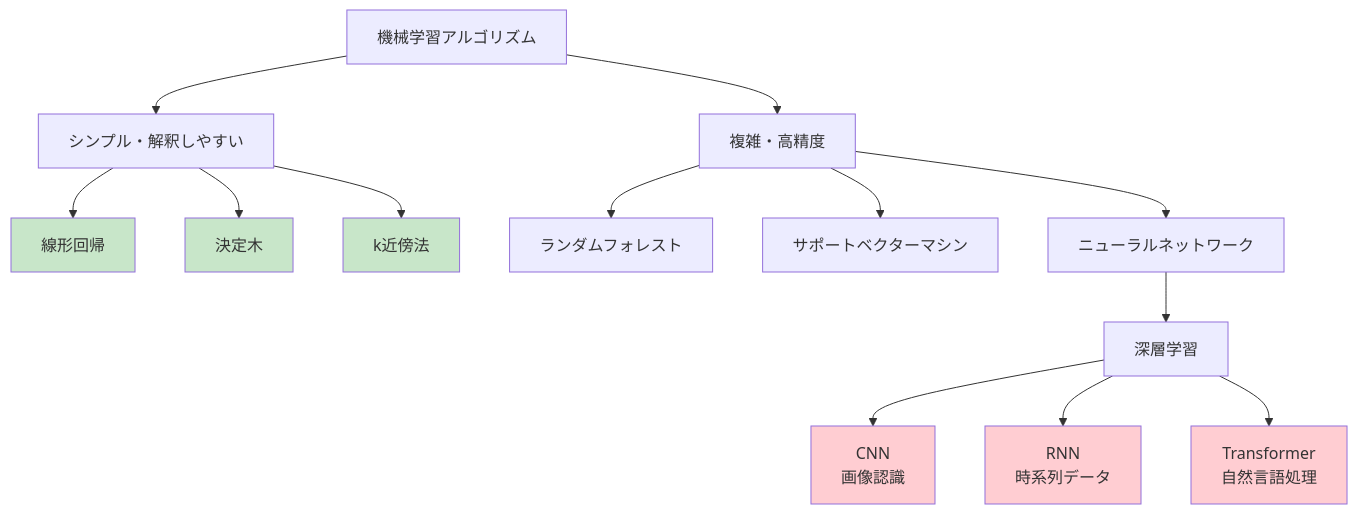
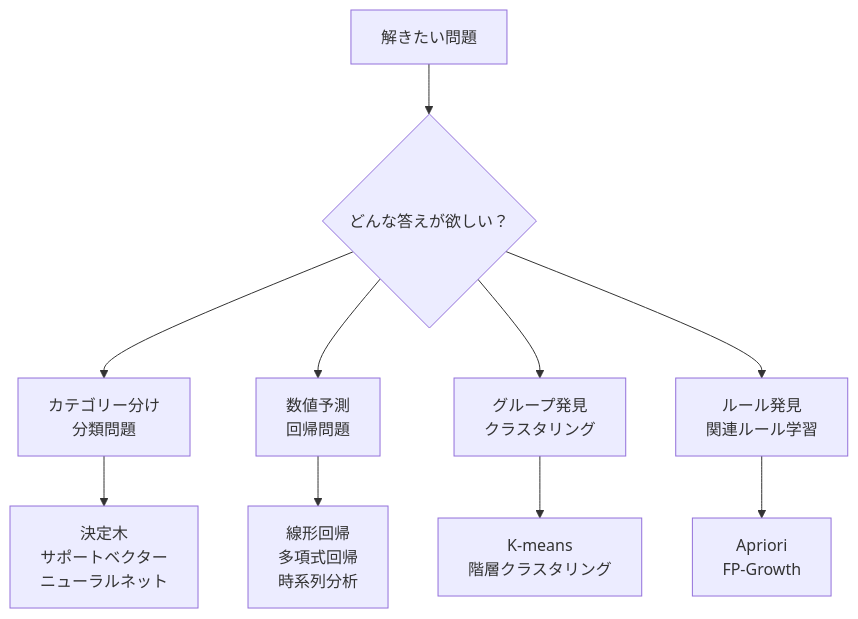
One commit to SparklingDetergent/doc_genai_mental_model changed the fifth of 13 diagrams in AI/Machine_Learning.md. Above: the diagram before and after it, drawn with Mermaid. The commit also changed other lines of this file, not shown here.

````diff
--- a/AI/Machine_Learning.md
+++ b/AI/Machine_Learning.md
@@ -188,25 +155,17 @@
 ```mermaid
 graph TD
-    A[機械学習アルゴリズム] --> B[シンプル・解釈しやすい]
-    A --> C[複雑・高精度]
+    A[解きたい問題] --> B{どんな答えが欲しい？}
     
-    B --> D[線形回帰]
-    B --> E[決定木]
-    B --> F[k近傍法]
+    B --> C[カテゴリー分け<br/>分類問題]
+    B --> D[数値予測<br/>回帰問題]
+    B --> E[グループ発見<br/>クラスタリング]
+    B --> F[ルール発見<br/>関連ルール学習]
     
-    C --> G[ランダムフォレスト]
-    C --> H[サポートベクターマシン]
-    C --> I[ニューラルネットワーク]
+    C --> G[決定木<br/>サポートベクター<br/>ニューラルネット]
+    D --> H[線形回帰<br/>多項式回帰<br/>時系列分析]
+    E --> I[K-means<br/>階層クラスタリング]
+    F --> J[Apriori<br/>FP-Growth]
     
-    I --> J[深層学習]
-    J --> K[CNN<br/>画像認識]
-    J --> L[RNN<br/>時系列データ]
-    J --> M[Transformer<br/>自然言語処理]
-    
-    style D fill:#c8e6c9
-    style E fill:#c8e6c9
-    style F fill:#c8e6c9
-    style K fill:#ffcdd2
-    style L fill:#ffcdd2
-    style M fill:#ffcdd2
+    click C "/docs/classification.md" "分類問題の詳細"
+    click D "/docs/regression.md" "回帰問題の詳細"
 ```
````
